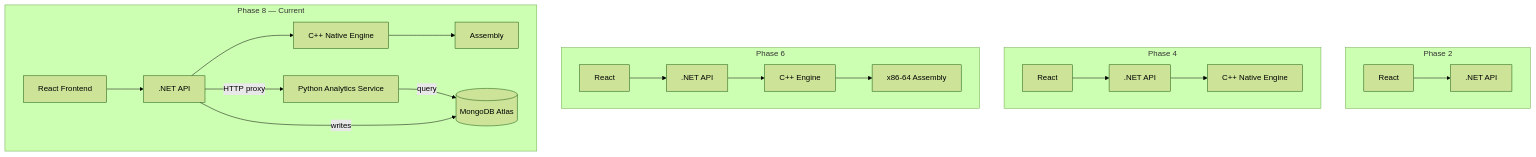
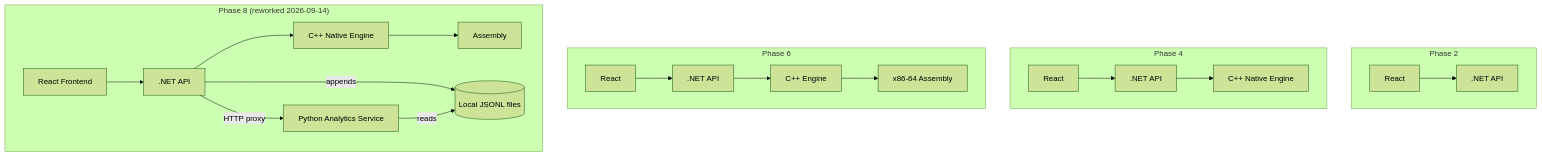
The second of 2 diagrams in PROJECT_STATUS.md (VipulSharma143/System-Info), drawn with Mermaid (forest theme) before and after one commit. The commit also changed other lines of this file and 45 other files, not shown here.

````diff
--- a/PROJECT_STATUS.md
+++ b/PROJECT_STATUS.md
@@ -73,19 +75,19 @@
 ```mermaid
 flowchart TB
     subgraph P2["Phase 2"]
         F1[React] --> B1[.NET API]
     end
     subgraph P4["Phase 4"]
         F2[React] --> B2[.NET API] --> N1[C++ Native Engine]
     end
     subgraph P6["Phase 6"]
         F3[React] --> B3[.NET API] --> N2[C++ Engine] --> A1[x86-64 Assembly]
     end
-    subgraph Now["Phase 8 — Current"]
+    subgraph Now["Phase 8 (reworked 2026-09-14)"]
         F4[React Frontend] --> B4[.NET API]
         B4 --> N3[C++ Native Engine] --> A2[Assembly]
         B4 -- HTTP proxy --> PY[Python Analytics Service]
-        PY -- query --> DB[(MongoDB Atlas)]
-        B4 -- writes --> DB
+        B4 -- appends --> DB[(Local JSONL files)]
+        PY -- reads --> DB
     end
 ```
````
